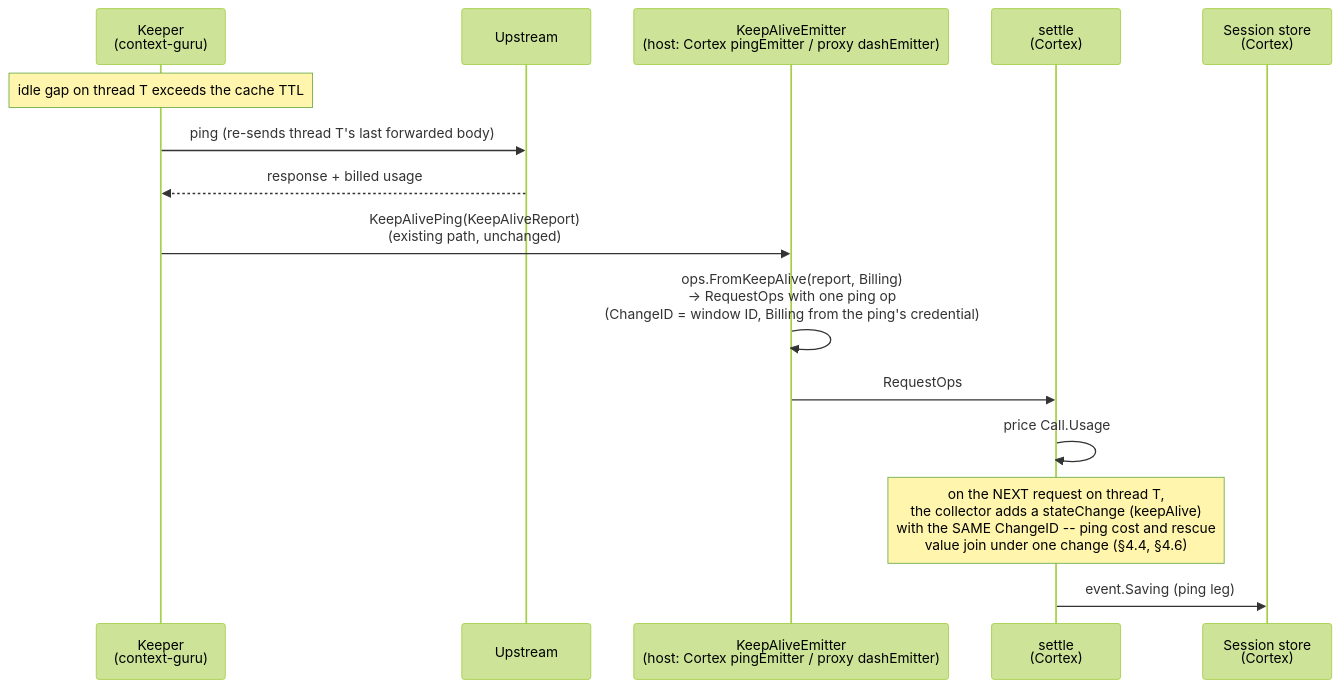
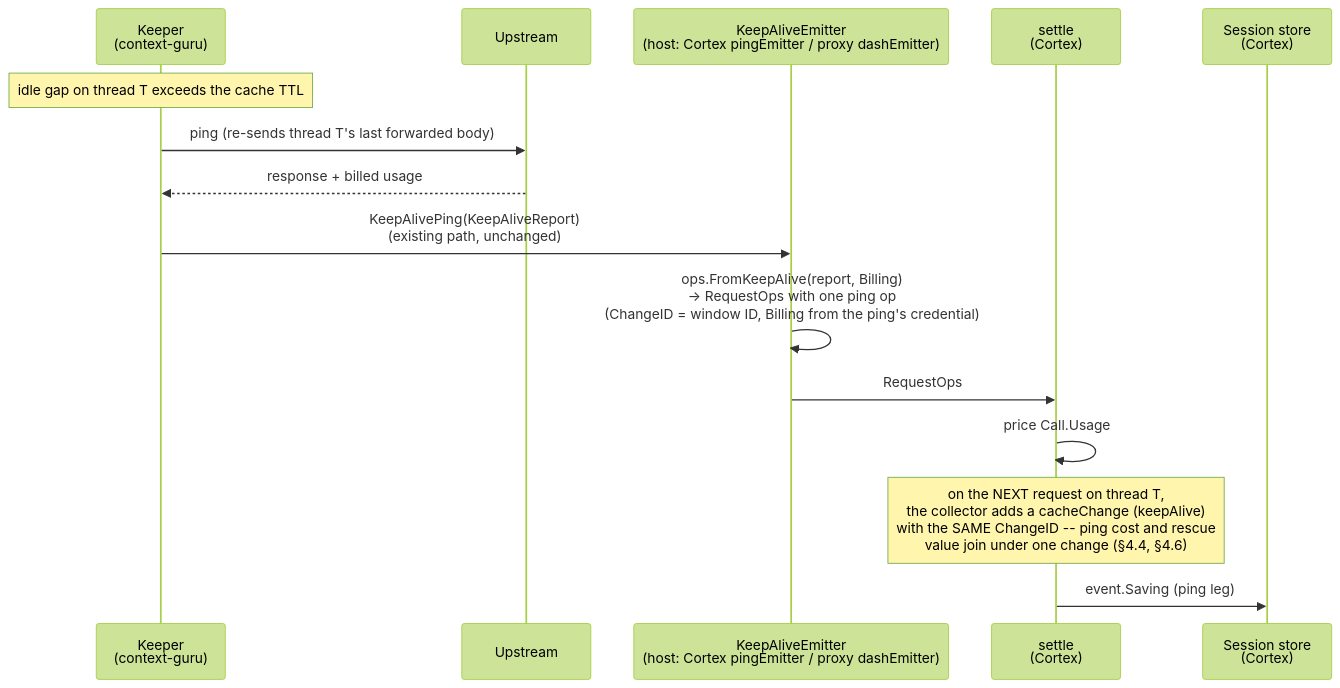
One commit to rossoctl/context-guru changed the third of 3 diagrams in docs/superpowers/specs/2026-10-18-context-operations-cortex-wiring.md. Above: the diagram before and after it, drawn with Mermaid (forest theme). The commit also changed other lines of this file and 5 other files, not shown here.

````diff
--- a/docs/superpowers/specs/2026-10-18-context-operations-cortex-wiring.md
+++ b/docs/superpowers/specs/2026-10-18-context-operations-cortex-wiring.md
@@ -179,18 +179,18 @@
 ```mermaid
 sequenceDiagram
     participant Keeper as Keeper<br/>(context-guru)
     participant Upstream
     participant Emitter as KeepAliveEmitter<br/>(host: Cortex pingEmitter / proxy dashEmitter)
     participant Settle as settle<br/>(Cortex)
     participant Store as Session store<br/>(Cortex)
 
     Note over Keeper: idle gap on thread T exceeds the cache TTL
     Keeper->>Upstream: ping (re-sends thread T's last forwarded body)
     Upstream-->>Keeper: response + billed usage
     Keeper->>Emitter: KeepAlivePing(KeepAliveReport)<br/>(existing path, unchanged)
     Emitter->>Emitter: ops.FromKeepAlive(report, Billing)<br/>-> RequestOps with one ping op<br/>(ChangeID = window ID, Billing from the ping's credential)
     Emitter->>Settle: RequestOps
     Settle->>Settle: price Call.Usage
-    Note over Settle: on the NEXT request on thread T,<br/>the collector adds a stateChange (keepAlive)<br/>with the SAME ChangeID -- ping cost and rescue<br/>value join under one change (§4.4, §4.6)
+    Note over Settle: on the NEXT request on thread T,<br/>the collector adds a cacheChange (keepAlive)<br/>with the SAME ChangeID -- ping cost and rescue<br/>value join under one change (§4.4, §4.6)
     Settle->>Store: event.Saving (ping leg)
 ```
````
